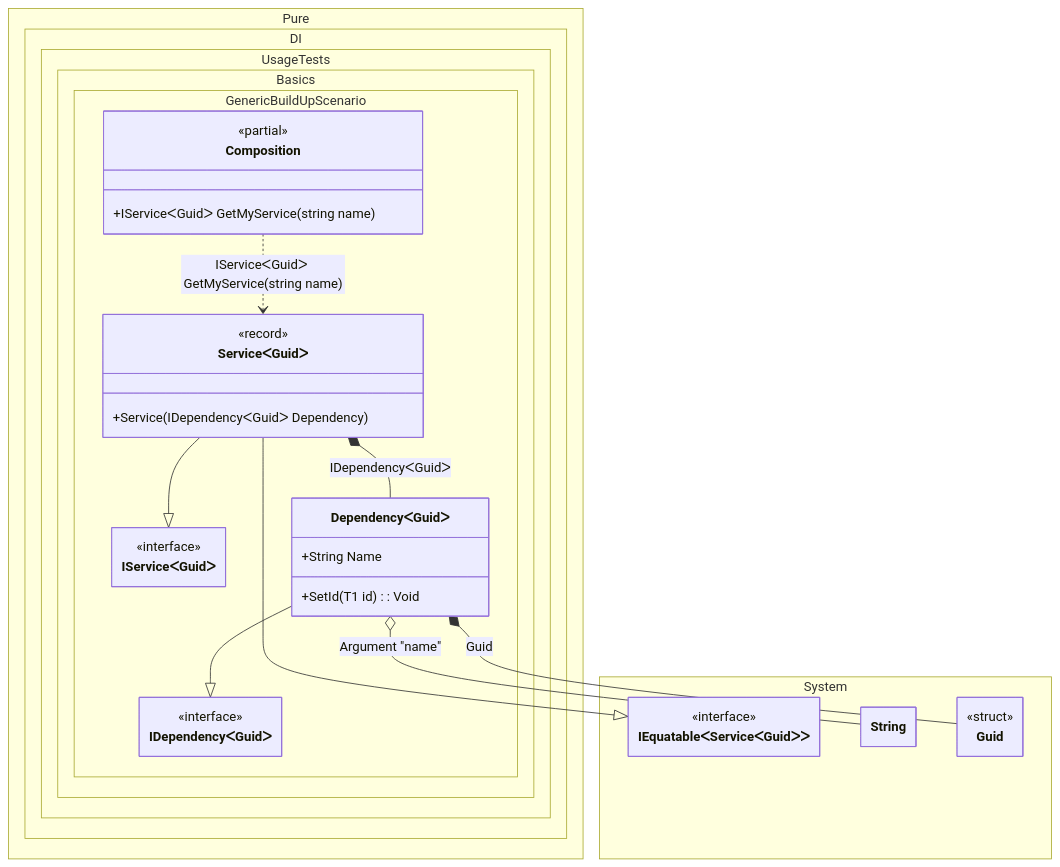
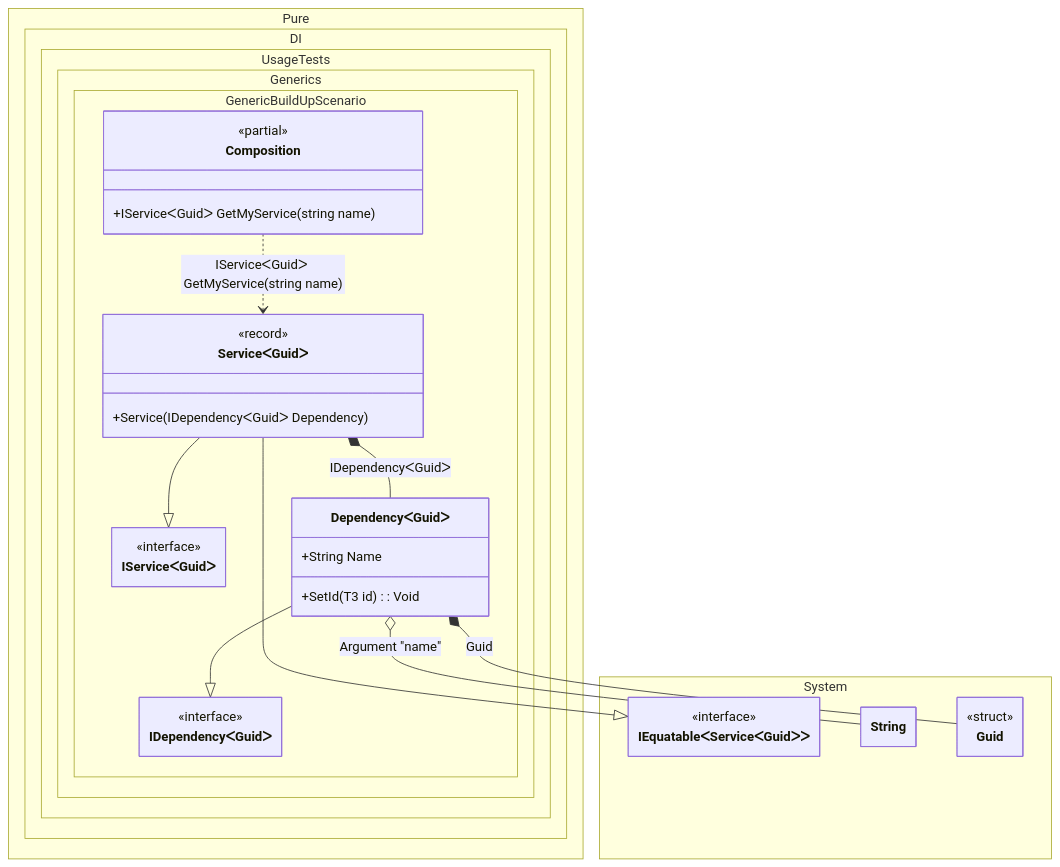
Before and after one commit to DevTeam/Pure.DI: the diagram in readme/build-up-of-an-existing-generic-object.md, drawn with Mermaid. The commit also changed other lines of this file and 177 other files, not shown here.

````diff
--- a/readme/build-up-of-an-existing-generic-object.md
+++ b/readme/build-up-of-an-existing-generic-object.md
@@ -123,45 +123,45 @@
 ```mermaid
 ---
  config:
   class:
    hideEmptyMembersBox: true
 ---
 classDiagram
 	ServiceᐸGuidᐳ --|> IServiceᐸGuidᐳ
 	ServiceᐸGuidᐳ --|> IEquatableᐸServiceᐸGuidᐳᐳ
 	DependencyᐸGuidᐳ --|> IDependencyᐸGuidᐳ
 	Composition ..> ServiceᐸGuidᐳ : IServiceᐸGuidᐳ GetMyService(string name)
 	ServiceᐸGuidᐳ *--  DependencyᐸGuidᐳ : IDependencyᐸGuidᐳ
 	DependencyᐸGuidᐳ o-- String : Argument "name"
 	DependencyᐸGuidᐳ *--  Guid : Guid
-	namespace Pure.DI.UsageTests.Basics.GenericBuildUpScenario {
+	namespace Pure.DI.UsageTests.Generics.GenericBuildUpScenario {
 		class Composition {
 		<<partial>>
 		+IServiceᐸGuidᐳ GetMyService(string name)
 		}
 		class DependencyᐸGuidᐳ {
 			+String Name
-			+SetId(T1 id) : Void
+			+SetId(T3 id) : Void
 		}
 		class IDependencyᐸGuidᐳ {
 			<<interface>>
 		}
 		class IServiceᐸGuidᐳ {
 			<<interface>>
 		}
 		class ServiceᐸGuidᐳ {
 				<<record>>
 			+Service(IDependencyᐸGuidᐳ Dependency)
 		}
 	}
 	namespace System {
 		class Guid {
 				<<struct>>
 		}
 		class IEquatableᐸServiceᐸGuidᐳᐳ {
 			<<interface>>
 		}
 		class String {
 		}
 	}
 ```
````
